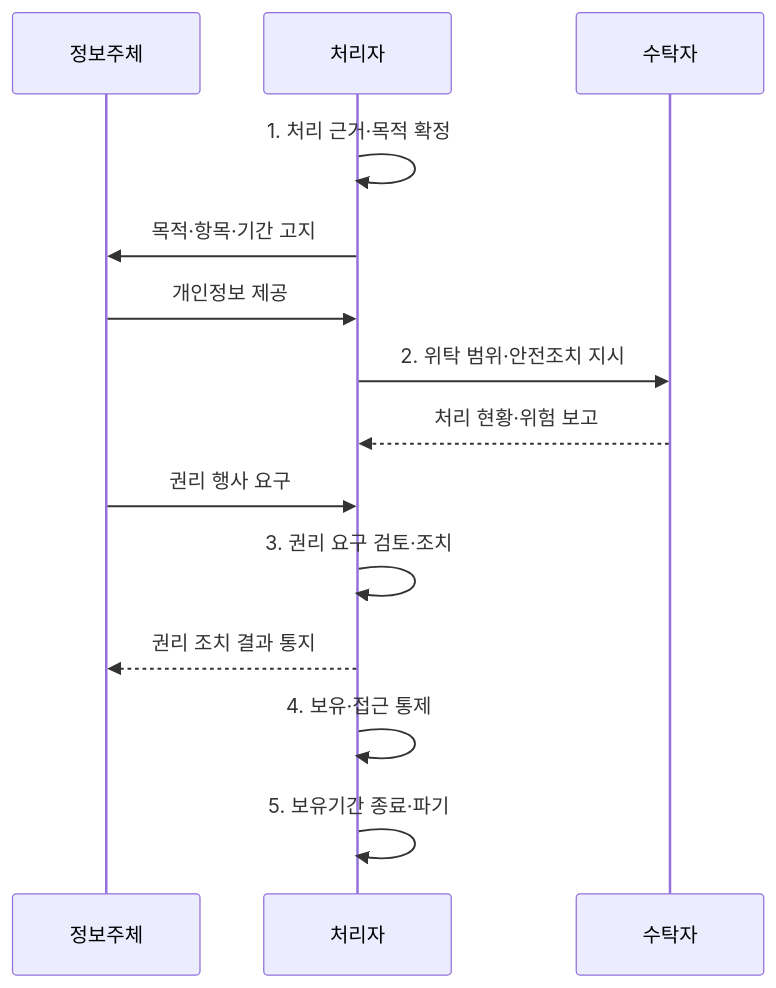
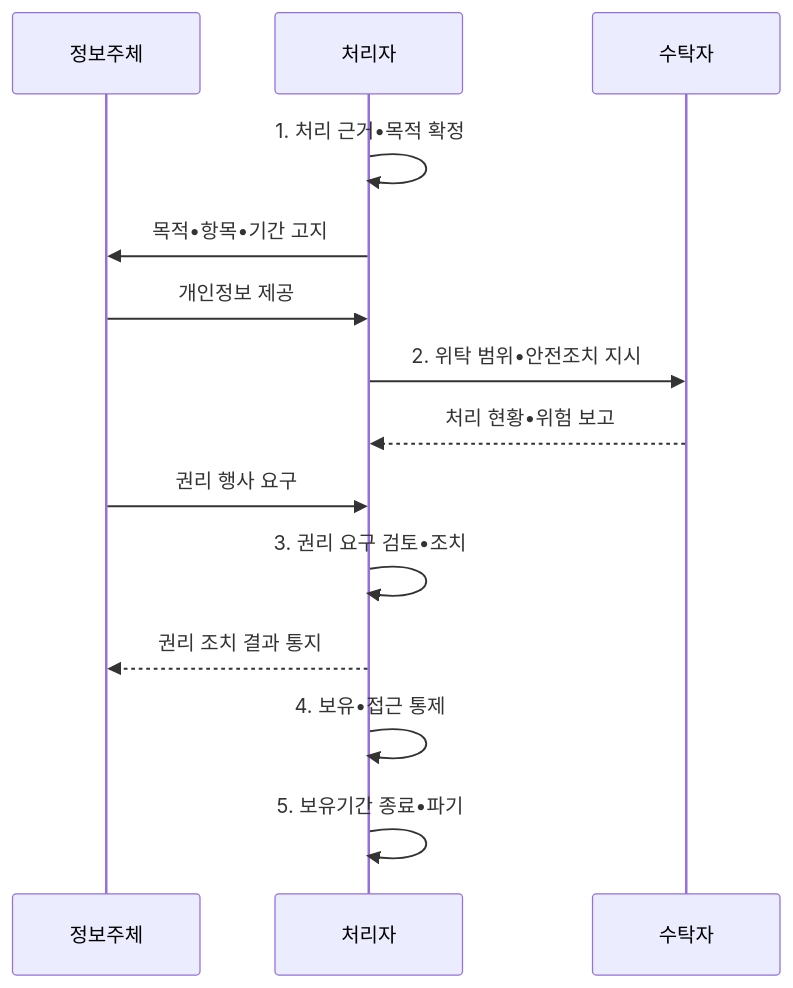
One commit to agnusdei1207/knowledge-base changed the second of 2 diagrams in src/content/docs/notes/07-law-policy/022_personal_information_protection_act.md. Above: the diagram before and after it, drawn with Mermaid. The commit also changed other lines of this file and 953 other files, not shown here.

````diff
--- a/src/content/docs/notes/07-law-policy/022_personal_information_protection_act.md
+++ b/src/content/docs/notes/07-law-policy/022_personal_information_protection_act.md
@@ -110,16 +110,16 @@
 ```mermaid
 sequenceDiagram
     participant 정보주체
     participant 처리자
     participant 수탁자
-    처리자->>처리자: 1. 처리 근거·목적 확정
-    처리자->>정보주체: 목적·항목·기간 고지
+    처리자->>처리자: 1. 처리 근거•목적 확정
+    처리자->>정보주체: 목적•항목•기간 고지
     정보주체->>처리자: 개인정보 제공
-    처리자->>수탁자: 2. 위탁 범위·안전조치 지시
-    수탁자-->>처리자: 처리 현황·위험 보고
+    처리자->>수탁자: 2. 위탁 범위•안전조치 지시
+    수탁자-->>처리자: 처리 현황•위험 보고
     정보주체->>처리자: 권리 행사 요구
-    처리자->>처리자: 3. 권리 요구 검토·조치
+    처리자->>처리자: 3. 권리 요구 검토•조치
     처리자-->>정보주체: 권리 조치 결과 통지
-    처리자->>처리자: 4. 보유·접근 통제
-    처리자->>처리자: 5. 보유기간 종료·파기
+    처리자->>처리자: 4. 보유•접근 통제
+    처리자->>처리자: 5. 보유기간 종료•파기
 ```
````
